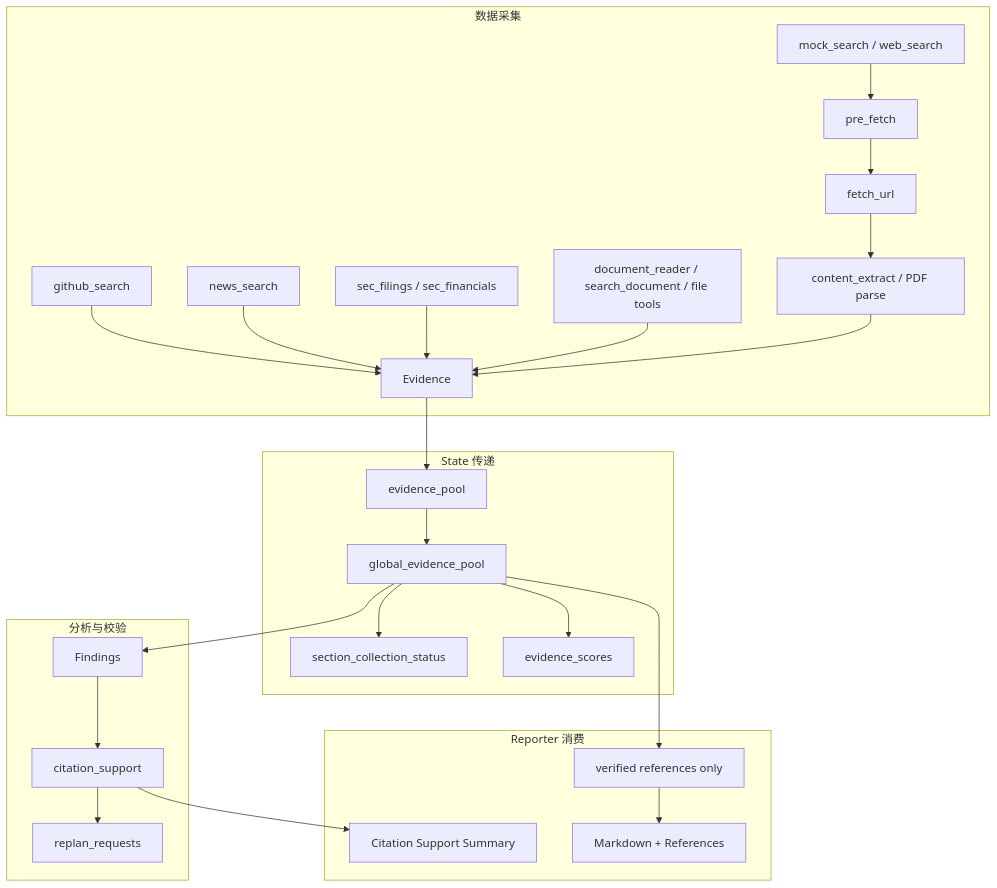
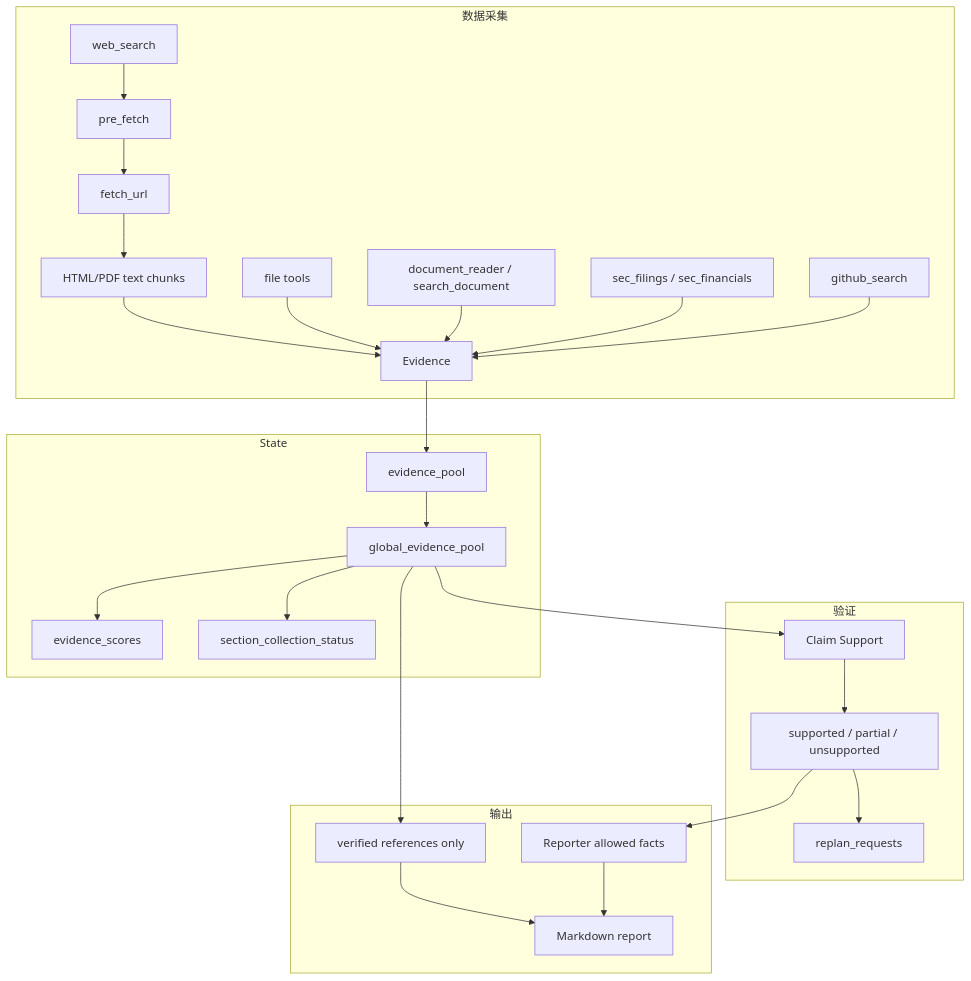
Before and after one commit to Caser-86/InsightGraph: the third of 3 diagrams in README.md, drawn with Mermaid. The commit also changed other lines of this file and 6 other files, not shown here.

Commit message:
docs: define report quality roadmap

````diff
--- a/README.md
+++ b/README.md
@@ -215,32 +201,33 @@
 ```mermaid
 flowchart TB
     subgraph 数据采集
-        T1[mock_search / web_search] --> T2[pre_fetch]
+        T1[web_search] --> T2[pre_fetch]
         T2 --> T3[fetch_url]
-        T3 --> T4[content_extract / PDF parse]
+        T3 --> T4[HTML/PDF text chunks]
         T5[github_search] --> T9[Evidence]
-        T6[news_search] --> T9
-        T7[sec_filings / sec_financials] --> T9
-        T8[document_reader / search_document / file tools] --> T9
+        T6[sec_filings / sec_financials] --> T9
+        T7[document_reader / search_document] --> T9
+        T8[file tools] --> T9
         T4 --> T9
     end
 
-    subgraph State 传递
+    subgraph State
         T9 --> S1[evidence_pool]
         S1 --> S2[global_evidence_pool]
-        S2 --> S3[section_collection_status]
-        S2 --> S4[evidence_scores]
+        S2 --> S3[evidence_scores]
+        S2 --> S4[section_collection_status]
     end
 
-    subgraph 分析与校验
-        S2 --> A1[Findings]
-        A1 --> A2[citation_support]
-        A2 --> A3[replan_requests]
+    subgraph 验证
+        S2 --> V1[Claim Support]
+        V1 --> V2[supported / partial / unsupported]
+        V2 --> V3[replan_requests]
     end
 
-    subgraph Reporter 消费
-        A2 --> R1[Citation Support Summary]
+    subgraph 输出
+        V2 --> R1[Reporter allowed facts]
         S2 --> R2[verified references only]
-        R2 --> R3[Markdown + References]
+        R1 --> R3[Markdown report]
+        R2 --> R3
     end
 ```
````
